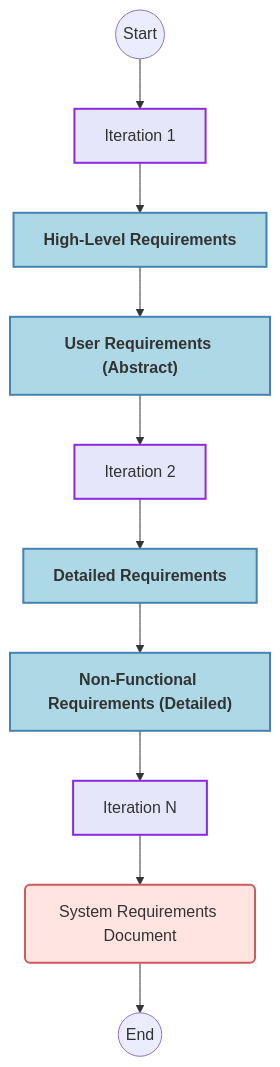
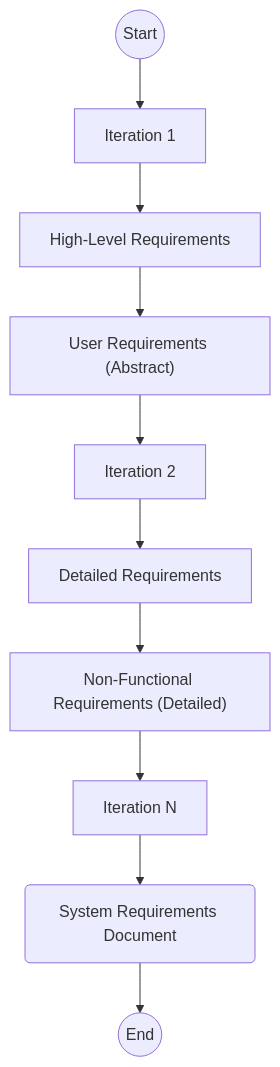
The second of 4 diagrams in docs/mca/se/u11/u12.md (sujith-eag/sujith-library), drawn with Mermaid before and after one commit. The commit also changed other lines of this file and 41 other files, not shown here.

First line of the commit message:
Refactor diagrams and remove redundant styles in documentation

````diff
--- a/docs/mca/se/u11/u12.md
+++ b/docs/mca/se/u11/u12.md
@@ -54,16 +53,13 @@
 ```mermaid
 graph TD
-    classDef phase fill:#add8e6,stroke:#4682b4,stroke-width:2px,font-weight:bold;
-    classDef iteration fill:#e6e6fa,stroke:#8a2be2,stroke-width:2px;
-    classDef artifact fill:#ffe4e1,stroke:#cd5c5c,stroke-width:2px;
 
     start((Start)) --> iter1[Iteration 1]:::iteration;
     iter1 --> hlr[High-Level Requirements]:::phase;
     hlr --> ur["User Requirements (Abstract)"]:::phase;
     ur --> iter2[Iteration 2]:::iteration;
     iter2 --> dr[Detailed Requirements]:::phase;
     dr --> nfr["Non-Functional Requirements (Detailed)"]:::phase;
     nfr --> iter3[Iteration N]:::iteration;
     iter3 --> srs("System Requirements Document"):::artifact;
     srs --> endNode((End));
 ```
````
